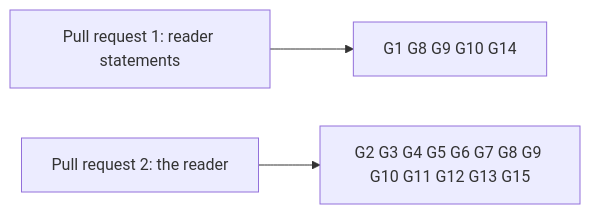
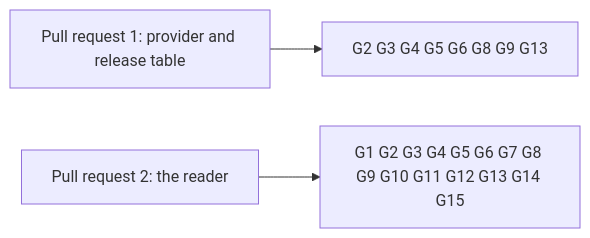
The diagram in specs/744-registry-reader/gate.md (lambdasistemi/singular), drawn with Mermaid before and after one commit. The commit also changed other lines of this file and 9 other files, not shown here.

Commit message:
docs(specs): record the reader answers and accept the provider slices

````diff
--- a/specs/744-registry-reader/gate.md
+++ b/specs/744-registry-reader/gate.md
@@ -38,5 +38,5 @@
 ```mermaid
 flowchart LR
-    P1[Pull request 1: reader statements] --> R1[G1 G8 G9 G10 G14]
-    P2[Pull request 2: the reader] --> R2[G2 G3 G4 G5 G6 G7 G8 G9 G10 G11 G12 G13 G15]
+    P1[Pull request 1: provider and release table] --> R1[G2 G3 G4 G5 G6 G8 G9 G13]
+    P2[Pull request 2: the reader] --> R2[G1 G2 G3 G4 G5 G6 G7 G8 G9 G10 G11 G12 G13 G14 G15]
 ```
````
